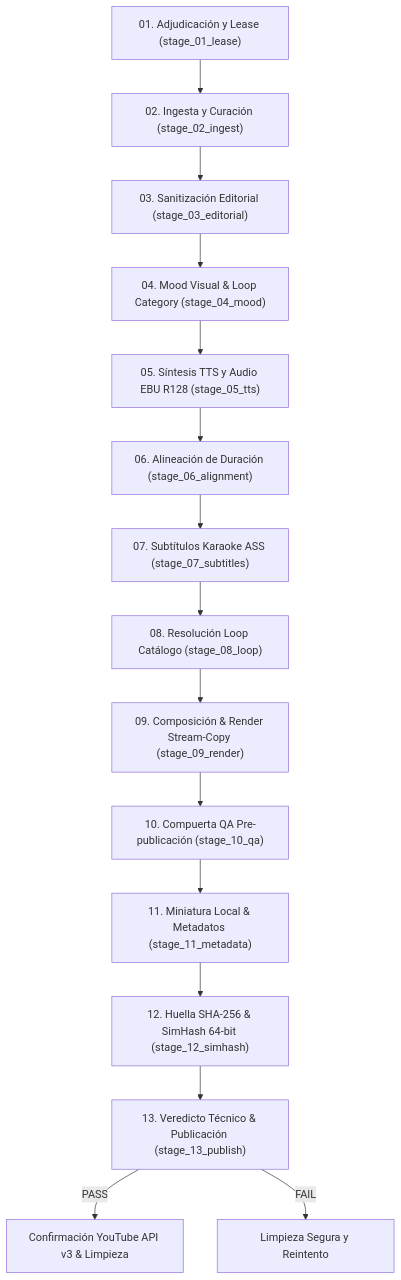
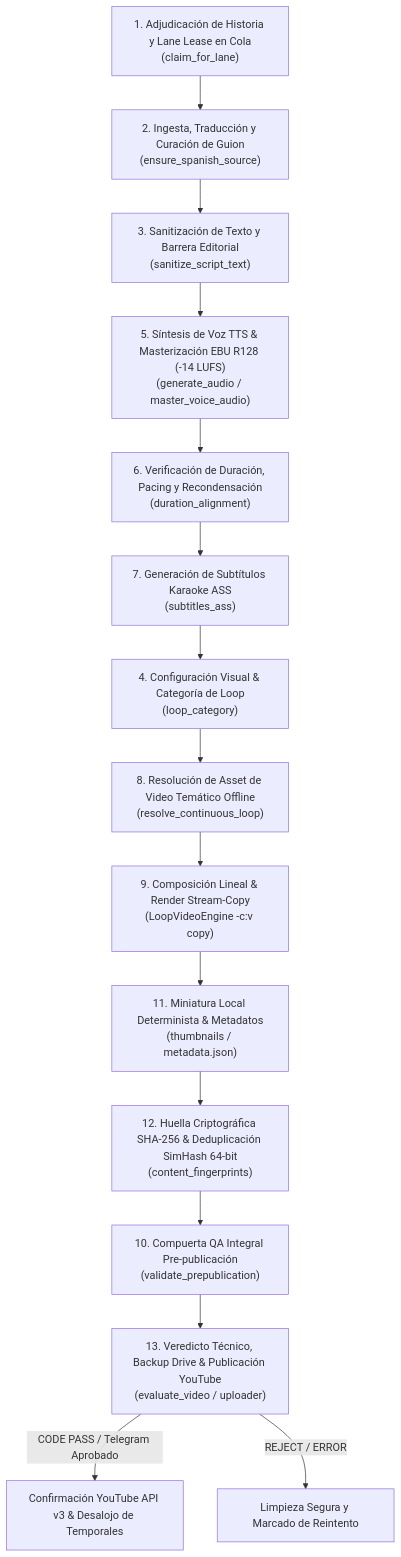
One commit to soyaelithia-ui/yt-auto changed the diagram in docs/FLUJO_VIDEOS.md. Above: the diagram before and after it, drawn with Mermaid. The commit also changed other lines of this file and 81 other files, not shown here.

Commit message:
chore: prune legacy graphics and enable cookie uploads

````diff
--- a/docs/FLUJO_VIDEOS.md
+++ b/docs/FLUJO_VIDEOS.md
@@ -7,17 +12,17 @@
 ```mermaid
 flowchart TD
-    A["01. Adjudicación y Lease (stage_01_lease)"] --> B["02. Ingesta y Curación (stage_02_ingest)"]
-    B --> C["03. Sanitización Editorial (stage_03_editorial)"]
-    C --> D["04. Mood Visual & Loop Category (stage_04_mood)"]
-    D --> E["05. Síntesis TTS y Audio EBU R128 (stage_05_tts)"]
-    E --> F["06. Alineación de Duración (stage_06_alignment)"]
-    F --> G["07. Subtítulos Karaoke ASS (stage_07_subtitles)"]
-    G --> H["08. Resolución Loop Catálogo (stage_08_loop)"]
-    H --> I["09. Composición & Render Stream-Copy (stage_09_render)"]
-    I --> J["10. Compuerta QA Pre-publicación (stage_10_qa)"]
-    J --> K["11. Miniatura Local & Metadatos (stage_11_metadata)"]
-    K --> L["12. Huella SHA-256 & SimHash 64-bit (stage_12_simhash)"]
-    L --> M["13. Veredicto Técnico & Publicación (stage_13_publish)"]
-    M -- "PASS" --> N["Confirmación YouTube API v3 & Limpieza"]
-    M -- "FAIL" --> O["Limpieza Segura y Reintento"]
+    A["1. Adjudicación de Historia y Lane Lease en Cola<br/>(claim_for_lane)"] --> B["2. Ingesta, Traducción y Curación de Guion<br/>(ensure_spanish_source)"]
+    B --> C["3. Sanitización de Texto y Barrera Editorial<br/>(sanitize_script_text)"]
+    C --> D["5. Síntesis de Voz TTS & Masterización EBU R128 (-14 LUFS)<br/>(generate_audio / master_voice_audio)"]
+    D --> E["6. Verificación de Duración, Pacing y Recondensación<br/>(duration_alignment)"]
+    E --> F["7. Generación de Subtítulos Karaoke ASS<br/>(subtitles_ass)"]
+    F --> G["4. Configuración Visual & Categoría de Loop<br/>(loop_category)"]
+    G --> H["8. Resolución de Asset de Video Temático Offline<br/>(resolve_continuous_loop)"]
+    H --> I["9. Composición Lineal & Render Stream-Copy<br/>(LoopVideoEngine -c:v copy)"]
+    I --> J["11. Miniatura Local Determinista & Metadatos<br/>(thumbnails / metadata.json)"]
+    J --> K["12. Huella Criptográfica SHA-256 & Deduplicación SimHash 64-bit<br/>(content_fingerprints)"]
+    K --> L["10. Compuerta QA Integral Pre-publicación<br/>(validate_prepublication)"]
+    L --> M["13. Veredicto Técnico, Backup Drive & Publicación YouTube<br/>(evaluate_video / uploader)"]
+    M -- "CODE PASS / Telegram Aprobado" --> N["Confirmación YouTube API v3 & Desalojo de Temporales"]
+    M -- "REJECT / ERROR" --> O["Limpieza Segura y Marcado de Reintento"]
 ```
````
